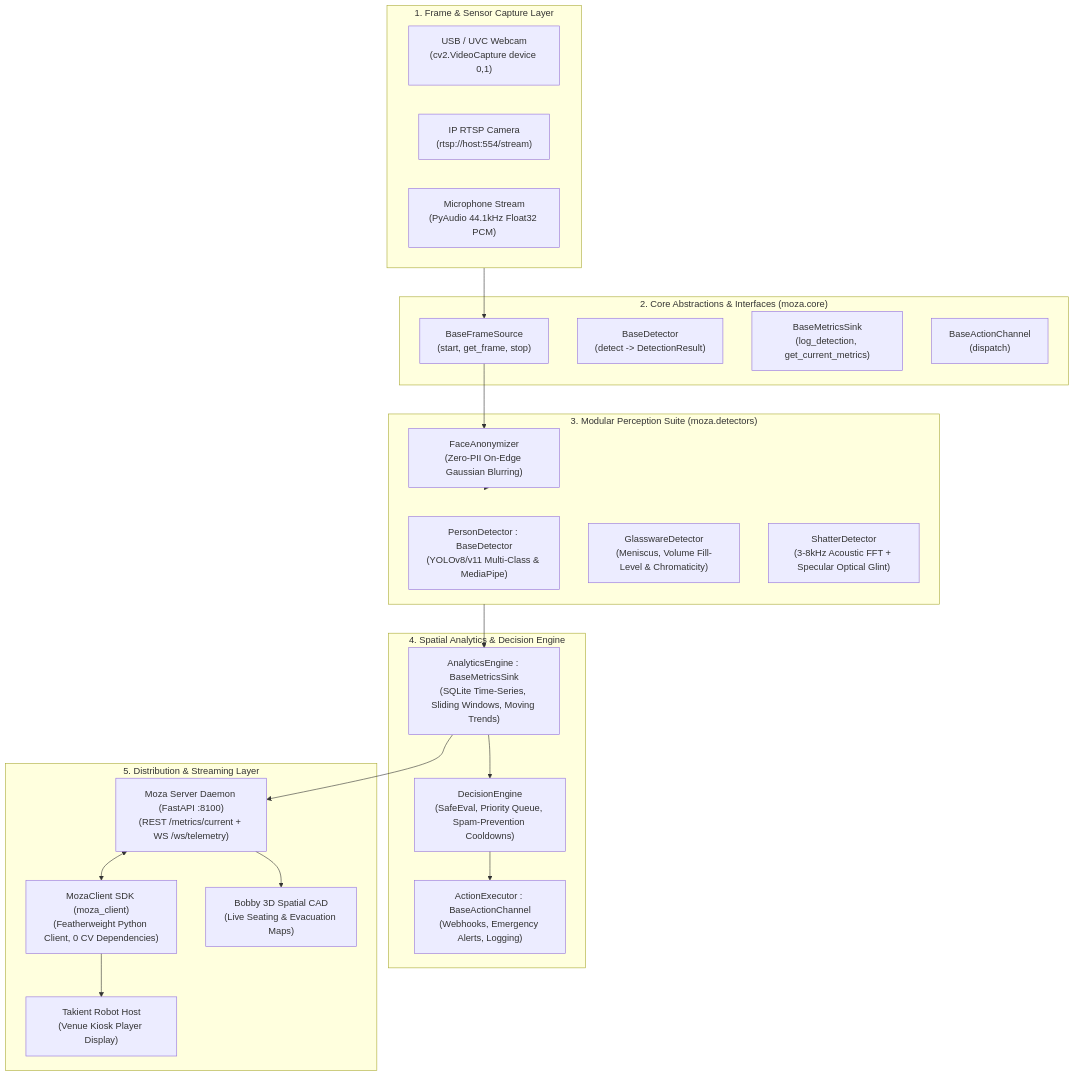
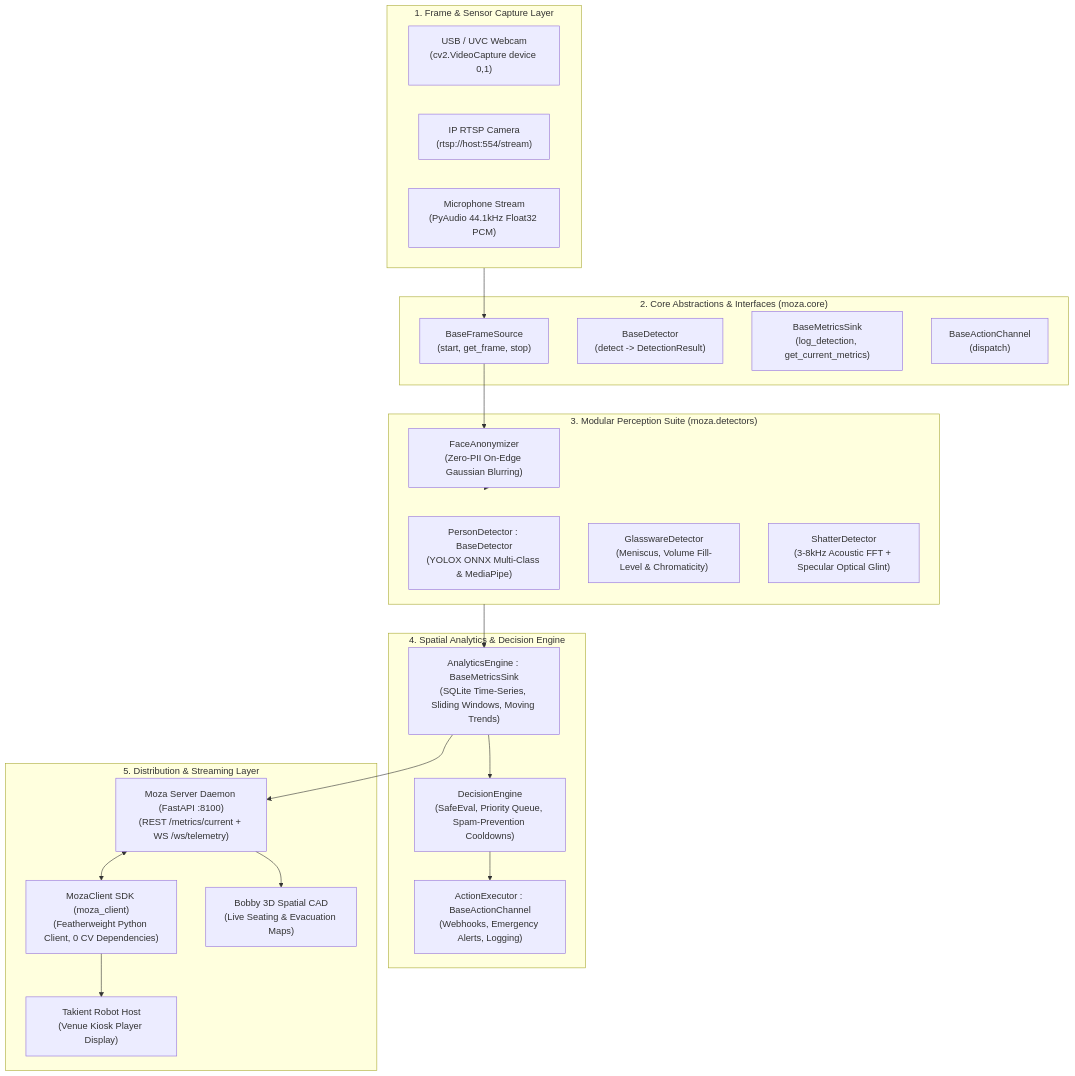
One commit to luisenriquecgongora/moza changed the first of 2 diagrams in ARCHITECTURE.md. Above: the diagram before and after it, drawn with Mermaid. The commit also changed other lines of this file and 2 other files, not shown here.

Commit message:
docs(docs): reference YOLOX instead of YOLOv11
Point future segmentation work at Apache-2.0 models to avoid AGPL.

````diff
--- a/ARCHITECTURE.md
+++ b/ARCHITECTURE.md
@@ -12,46 +12,46 @@
 ```mermaid
 flowchart TD
     subgraph Hardware["1. Frame & Sensor Capture Layer"]
         USB["USB / UVC Webcam\n(cv2.VideoCapture device 0,1)"]
         RTSP["IP RTSP Camera\n(rtsp://host:554/stream)"]
         Mic["Microphone Stream\n(PyAudio 44.1kHz Float32 PCM)"]
     end
 
     subgraph CoreAbstractions["2. Core Abstractions & Interfaces (moza.core)"]
         BaseSource["BaseFrameSource\n(start, get_frame, stop)"]
         BaseDetector["BaseDetector\n(detect -> DetectionResult)"]
         BaseSink["BaseMetricsSink\n(log_detection, get_current_metrics)"]
         BaseChannel["BaseActionChannel\n(dispatch)"]
     end
 
     subgraph PerceptionSuite["3. Modular Perception Suite (moza.detectors)"]
-        YOLO["PersonDetector : BaseDetector\n(YOLOv8/v11 Multi-Class & MediaPipe)"]
+        YOLO["PersonDetector : BaseDetector\n(YOLOX ONNX Multi-Class & MediaPipe)"]
         Glass["GlasswareDetector\n(Meniscus, Volume Fill-Level & Chromaticity)"]
         Shatter["ShatterDetector\n(3-8kHz Acoustic FFT + Specular Optical Glint)"]
         Privacy["FaceAnonymizer\n(Zero-PII On-Edge Gaussian Blurring)"]
     end
 
     subgraph AnalyticsAndRules["4. Spatial Analytics & Decision Engine"]
         Analytics["AnalyticsEngine : BaseMetricsSink\n(SQLite Time-Series, Sliding Windows, Moving Trends)"]
         Decide["DecisionEngine\n(SafeEval, Priority Queue, Spam-Prevention Cooldowns)"]
         Executor["ActionExecutor : BaseActionChannel\n(Webhooks, Emergency Alerts, Logging)"]
     end
 
     subgraph ServiceAndClients["5. Distribution & Streaming Layer"]
         Server["Moza Server Daemon (FastAPI :8100)\n(REST /metrics/current + WS /ws/telemetry)"]
         Client["MozaClient SDK (moza_client)\n(Featherweight Python Client, 0 CV Dependencies)"]
         RobotHost["Takient Robot Host\n(Venue Kiosk Player Display)"]
         BobbyCAD["Bobby 3D Spatial CAD\n(Live Seating & Evacuation Maps)"]
     end
 
     Hardware --> BaseSource
     BaseSource --> Privacy
     Privacy --> PerceptionSuite
     PerceptionSuite --> Analytics
     Analytics --> Decide
     Decide --> Executor
     Analytics --> Server
     Server <--> Client
     Client --> RobotHost
     Server --> BobbyCAD
 ```
````
